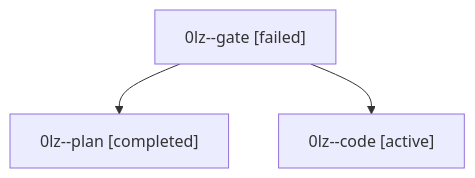
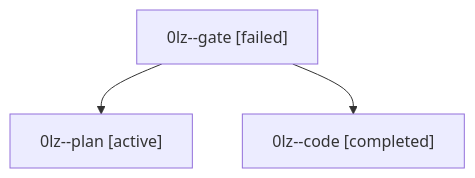
Before and after one commit to sase-org/sase--agents: the diagram in families/bbugyi200.athena.0lz.md, drawn with Mermaid. The commit also changed other lines of this file and 35830 other files, not shown here.

````diff
--- a/families/bbugyi200.athena.0lz.md
+++ b/families/bbugyi200.athena.0lz.md
@@ -9,8 +9,8 @@
 ```mermaid
 flowchart TD
   n0["0lz--gate [failed]"]
-  n1["0lz--plan [completed]"]
+  n1["0lz--plan [active]"]
   n0 --> n1
-  n2["0lz--code [active]"]
+  n2["0lz--code [completed]"]
   n0 --> n2
 ```
````
